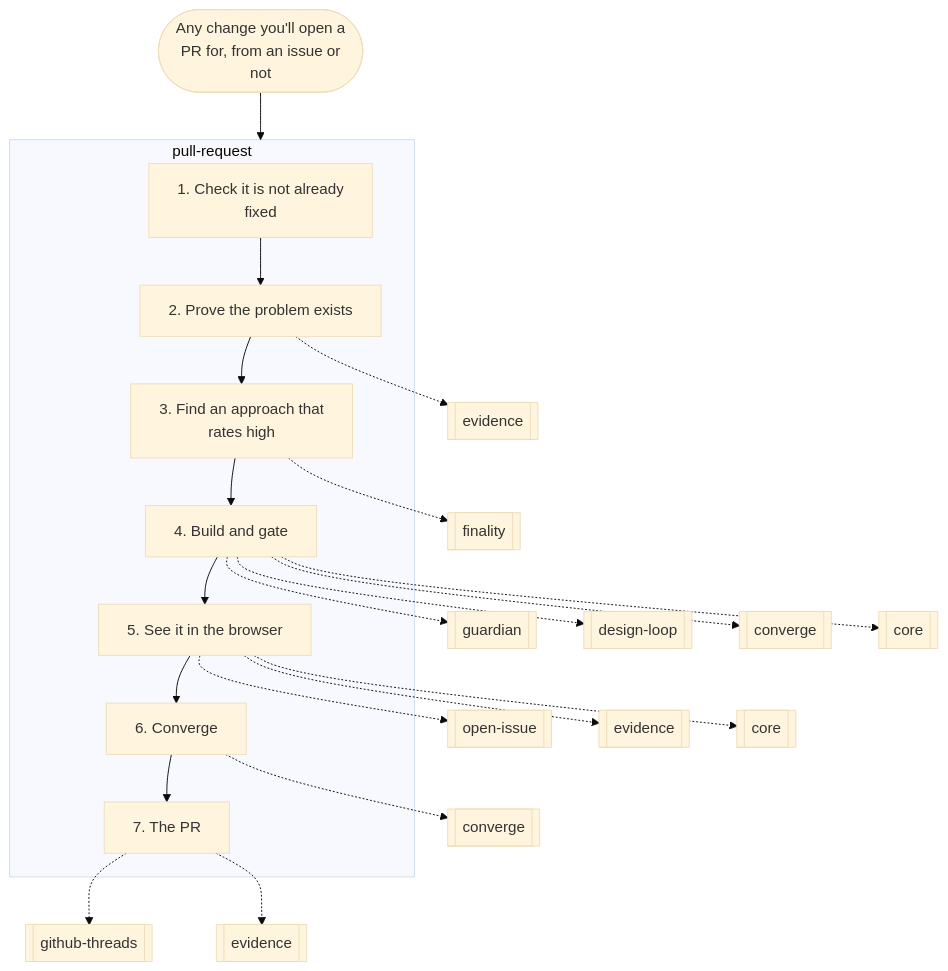
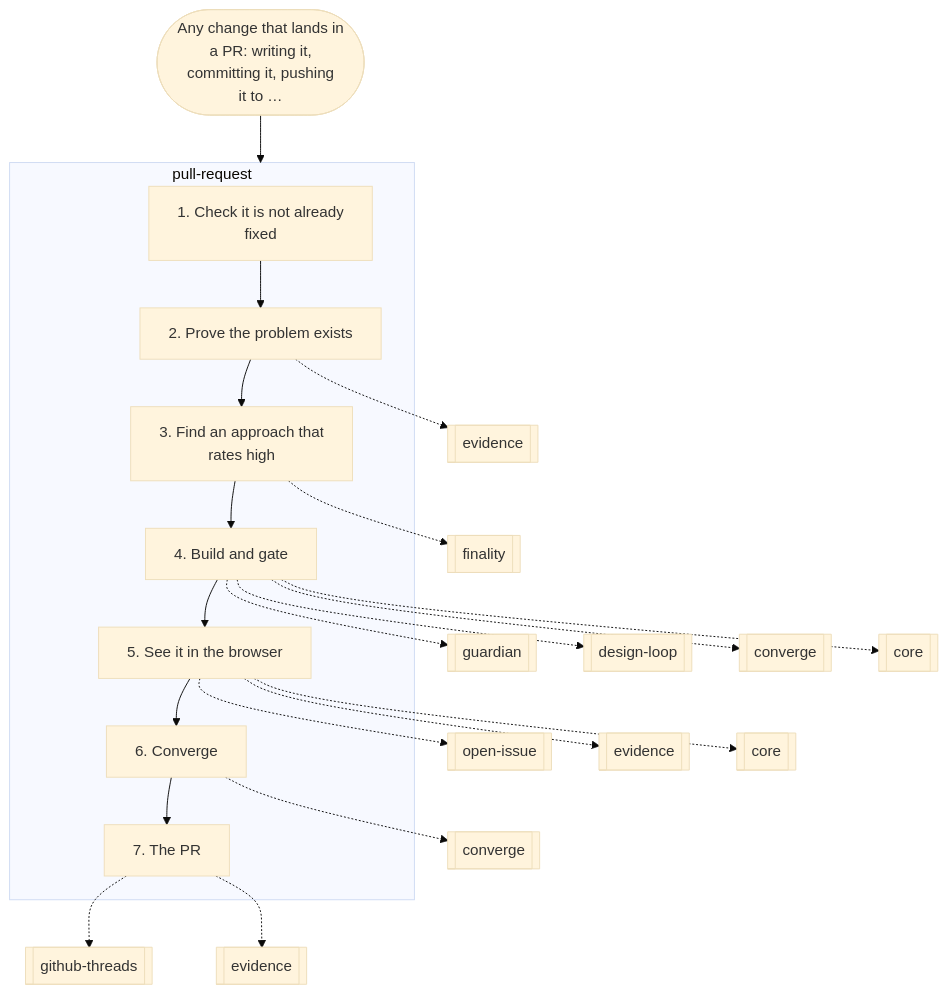
One commit to nitedani/mergeworthy changed the sixth of 16 diagrams in docs/graphs.md. Above: the diagram before and after it, drawn with Mermaid (base theme). The commit also changed other lines of this file and 5 other files, not shown here.

````diff
--- a/docs/graphs.md
+++ b/docs/graphs.md
@@ -176,32 +176,32 @@
 ```mermaid
 flowchart TB
-  start(["Any change you'll open a<br/>PR for, from an issue or<br/>not"])
+  start(["Any change that lands in<br/>a PR: writing it,<br/>committing it, pushing<br/>it to …"])
   subgraph g0["pull-request"]
     s0["1. Check it is not already<br/>fixed"]
     s1["2. Prove the problem exists"]
     s0 --> s1
     s2["3. Find an approach that<br/>rates high"]
     s1 --> s2
     s3["4. Build and gate"]
     s2 --> s3
     s4["5. See it in the browser"]
     s3 --> s4
     s5["6. Converge"]
     s4 --> s5
     s6["7. The PR"]
     s5 --> s6
   end
   s1 -.-> r1[["evidence"]]
   s2 -.-> r2[["finality"]]
   s3 -.-> r3[["guardian"]]
   s3 -.-> r4[["design-loop"]]
   s3 -.-> r5[["converge"]]
   s3 -.-> r6[["core"]]
   s4 -.-> r7[["open-issue"]]
   s4 -.-> r8[["evidence"]]
   s4 -.-> r9[["core"]]
   s5 -.-> r10[["converge"]]
   s6 -.-> r11[["github-threads"]]
   s6 -.-> r12[["evidence"]]
   start --> g0
 ```
````
